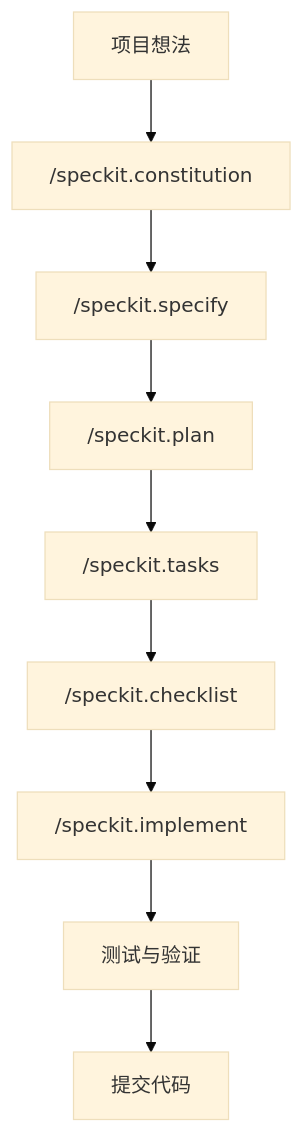
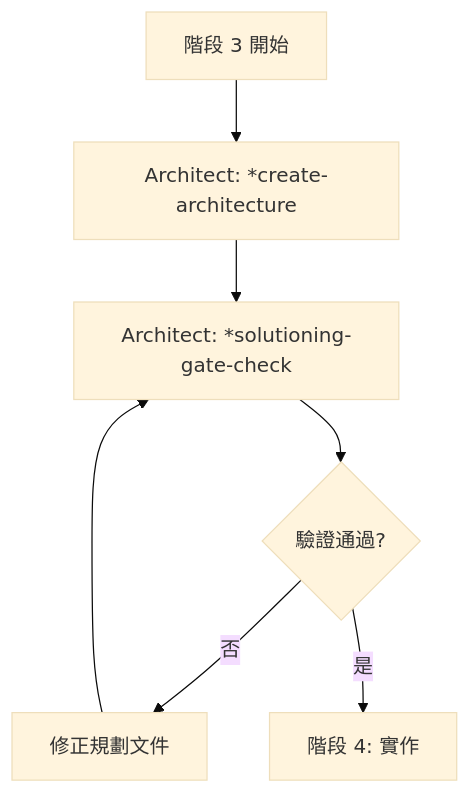
Before and after one commit to jamesjantw/vibe_coding: the fourth of 5 diagrams in README-zh-cn.md, drawn with Mermaid (base theme). The commit also changed other lines of this file and 435 other files, not shown here.

````diff
--- a/README-zh-cn.md
+++ b/README-zh-cn.md
@@ -221,11 +270,9 @@
 ```mermaid
 graph TD
-    A[项目想法] --> B["/speckit.constitution"]
-    B --> C["/speckit.specify"]
-    C --> D["/speckit.plan"]
-    D --> E["/speckit.tasks"]
-    E --> F["/speckit.checklist"]
-    F --> G["/speckit.implement"]
-    G --> H[测试与验证]
-    H --> I[提交代码]
+    A[階段 3 開始] --> B[Architect: *create-architecture]
+    B --> C[Architect: *solutioning-gate-check]
+    C --> D{驗證通過?}
+    D -->|否| E[修正規劃文件]
+    E --> C
+    D -->|是| F[階段 4: 實作]
 ```
````
